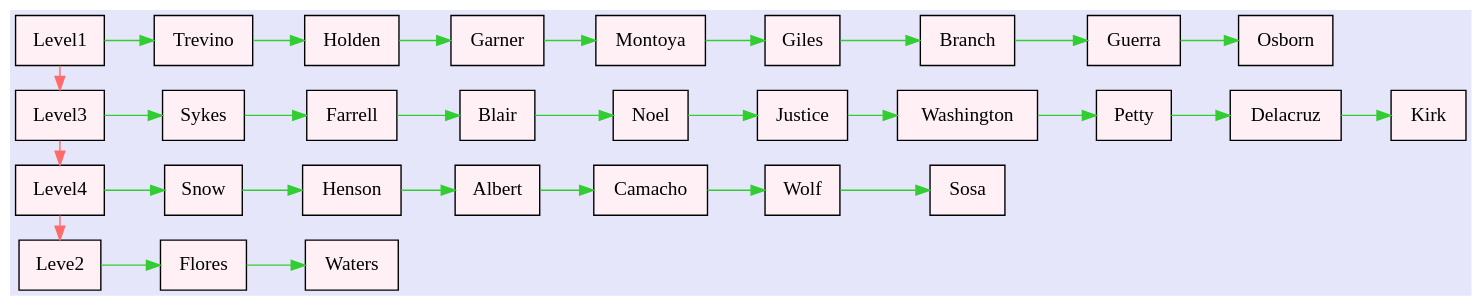
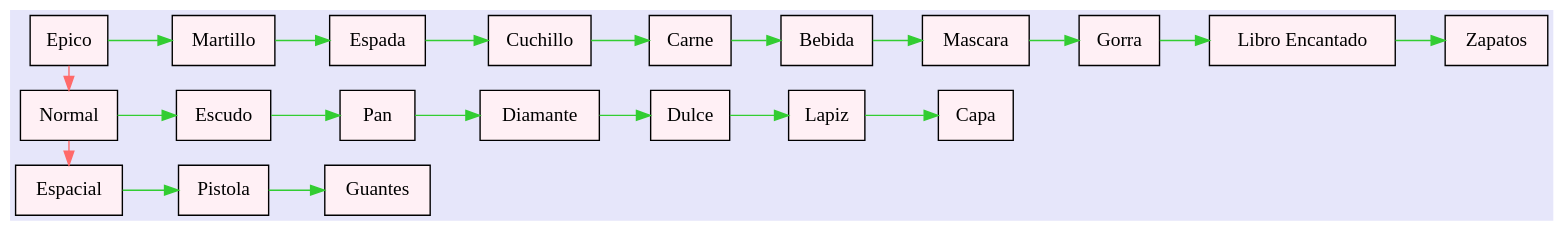
One commit to ASique-4/-EDD_2S-BatallaNaval_202012039 changed the diagram in tienda.dot. Above: the diagram before and after it, drawn with Graphviz. The commit also changed 10 other files, not shown here.

```diff
--- a/tienda.dot
+++ b/tienda.dot
@@ -1,15 +1,13 @@
 digraph G {
 graph [rankdir = LR ]
 bgcolor="lavender"
 node [ style=filled,shape = box, fillcolor="lavenderblush:lavenderblush1"]
-{rank = same "Level1""Level3""Level4""Leve2"}
-"Level1"-> "Level3"-> "Level4"-> "Leve2"[color = indianred1];
-"Level1" [label="Level1"];
-"Level1"->"Trevino"->"Holden"->"Garner"->"Montoya"->"Giles"->"Branch"->"Guerra"->"Osborn"[color = limegreen];
-"Level3" [label="Level3"];
-"Level3"->"Sykes"->"Farrell"->"Blair"->"Noel"->"Justice"->"Washington"->"Petty"->"Delacruz"->"Kirk"[color = limegreen];
-"Level4" [label="Level4"];
-"Level4"->"Snow"->"Henson"->"Albert"->"Camacho"->"Wolf"->"Sosa"[color = limegreen];
-"Leve2" [label="Leve2"];
-"Leve2"->"Flores"->"Waters"[color = limegreen];
+{rank = same "Epico""Normal""Espacial"}
+"Epico"-> "Normal"-> "Espacial"[color = indianred1];
+"Epico" [label="Epico"];
+"Epico"->"Martillo"->"Espada"->"Cuchillo"->"Carne"->"Bebida"->"Mascara"->"Gorra"->"Libro Encantado"->"Zapatos"[color = limegreen];
+"Normal" [label="Normal"];
+"Normal"->"Escudo"->"Pan"->"Diamante"->"Dulce"->"Lapiz"->"Capa"[color = limegreen];
+"Espacial" [label="Espacial"];
+"Espacial"->"Pistola"->"Guantes"[color = limegreen];
 }
```
